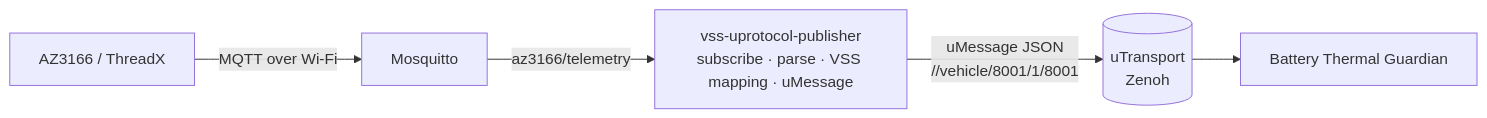
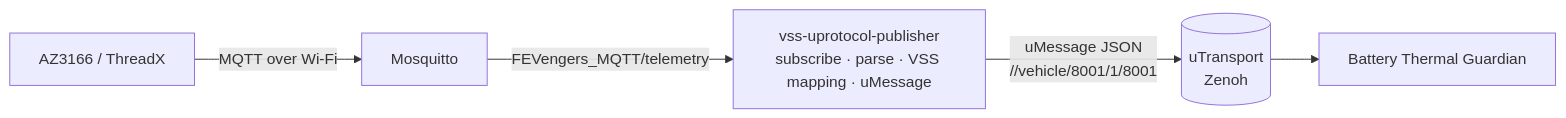
One commit to Eclipse-SDV-Hackathon-Chapter-Four/FEVengers_Hackathon_2026 changed the diagram in Docs/vss-uprotocol-publisher.md. Above: the diagram before and after it, drawn with Mermaid. The commit also changed other lines of this file and 6 other files, not shown here.

First line of the commit message:
Use the board's MQTT topic FEVengers_MQTT/telemetry in the publisher

````diff
--- a/Docs/vss-uprotocol-publisher.md
+++ b/Docs/vss-uprotocol-publisher.md
@@ -29,7 +29,7 @@
 ```mermaid
 flowchart LR
   AZ[AZ3166 / ThreadX] -->|MQTT over Wi-Fi| MQ[Mosquitto]
-  MQ -->|az3166/telemetry| P[vss-uprotocol-publisher<br/>subscribe · parse · VSS mapping · uMessage]
+  MQ -->|FEVengers_MQTT/telemetry| P[vss-uprotocol-publisher<br/>subscribe · parse · VSS mapping · uMessage]
   P -->|uMessage JSON<br/>//vehicle/8001/1/8001| Z[(uTransport<br/>Zenoh)]
   Z --> G[Battery Thermal Guardian]
 ```
````
